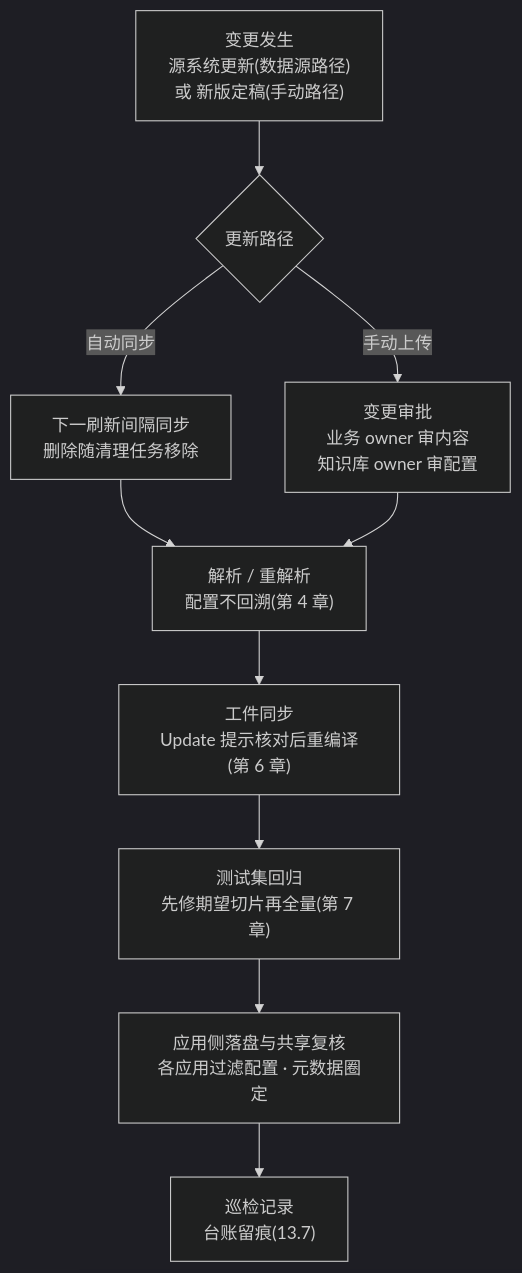
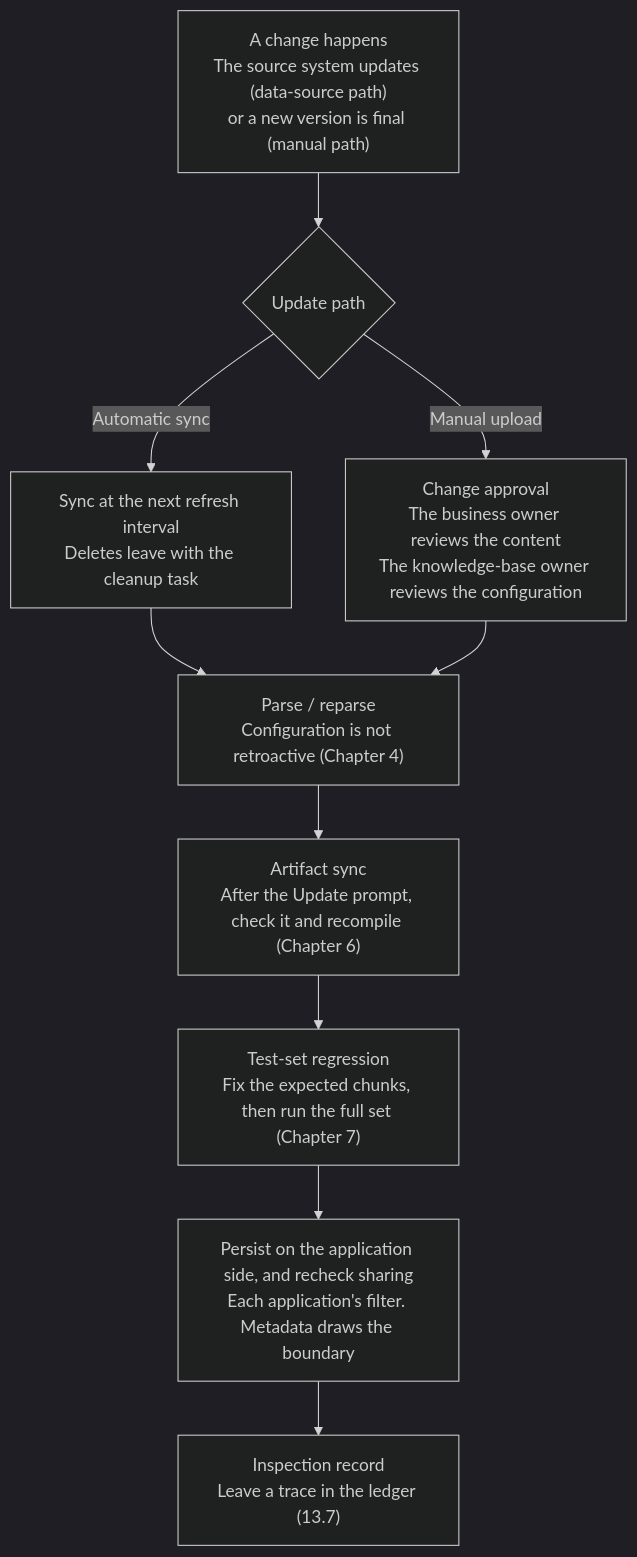
The third of 3 diagrams in books/ragflow/en/chapters/13-team-governance.md (ybak/ai-tutorial), drawn with Mermaid (dark theme) before and after one commit. The commit also changed other lines of this file and 16 other files, not shown here.

First line of the commit message:
docs(ragflow): 按审阅改英文图、注释和正文

````diff
--- a/books/ragflow/en/chapters/13-team-governance.md
+++ b/books/ragflow/en/chapters/13-team-governance.md
@@ -281,12 +285,12 @@
 ```mermaid
 flowchart TD
-    A["变更发生<br/>源系统更新(数据源路径)<br/>或 新版定稿(手动路径)"] --> B{"更新路径"}
-    B -->|"自动同步"| C["下一刷新间隔同步<br/>删除随清理任务移除"]
-    B -->|"手动上传"| D["变更审批<br/>业务 owner 审内容<br/>知识库 owner 审配置"]
-    C --> E["解析 / 重解析<br/>配置不回溯(第 4 章)"]
+    A["A change happens<br/>The source system updates (data-source path)<br/>or a new version is final (manual path)"] --> B{"Update path"}
+    B -->|"Automatic sync"| C["Sync at the next refresh interval<br/>Deletes leave with the cleanup task"]
+    B -->|"Manual upload"| D["Change approval<br/>The business owner reviews the content<br/>The knowledge-base owner reviews the configuration"]
+    C --> E["Parse / reparse<br/>Configuration is not retroactive (Chapter 4)"]
     D --> E
-    E --> F["工件同步<br/>Update 提示核对后重编译(第 6 章)"]
-    F --> G["测试集回归<br/>先修期望切片再全量(第 7 章)"]
-    G --> H["应用侧落盘与共享复核<br/>各应用过滤配置 · 元数据圈定"]
-    H --> I["巡检记录<br/>台账留痕(13.7)"]
+    E --> F["Artifact sync<br/>After the Update prompt, check it and recompile (Chapter 6)"]
+    F --> G["Test-set regression<br/>Fix the expected chunks, then run the full set (Chapter 7)"]
+    G --> H["Persist on the application side, and recheck sharing<br/>Each application's filter. Metadata draws the boundary"]
+    H --> I["Inspection record<br/>Leave a trace in the ledger (13.7)"]
 ```
````
